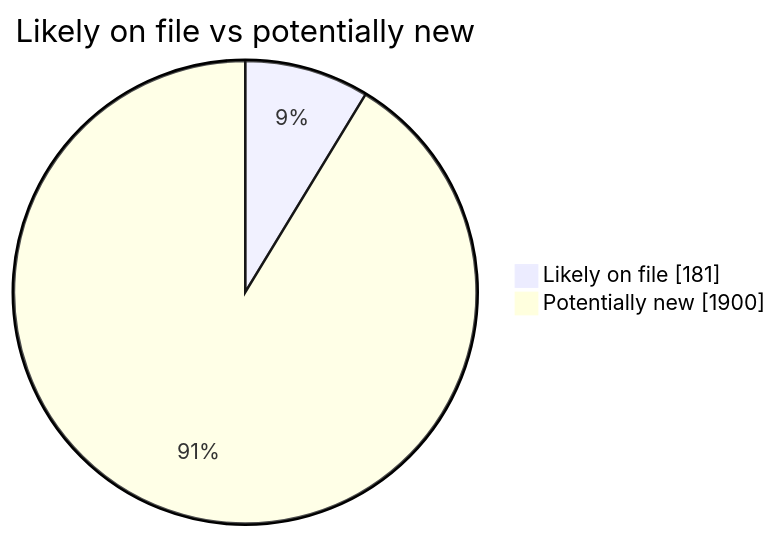
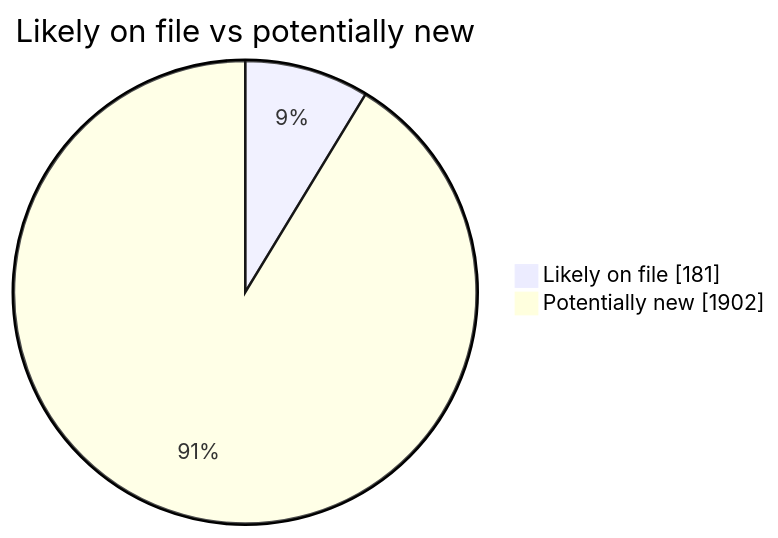
One commit to martinbalfanz/social-scanner-reports changed the second of 4 diagrams in README.md. Above: the diagram before and after it, drawn with Mermaid. The commit also changed other lines of this file and 4 other files, not shown here.

````diff
--- a/README.md
+++ b/README.md
@@ -40,5 +40,5 @@
 ```mermaid
 pie showData title Likely on file vs potentially new
     "Likely on file" : 181
-    "Potentially new" : 1900
+    "Potentially new" : 1902
 ```
````
